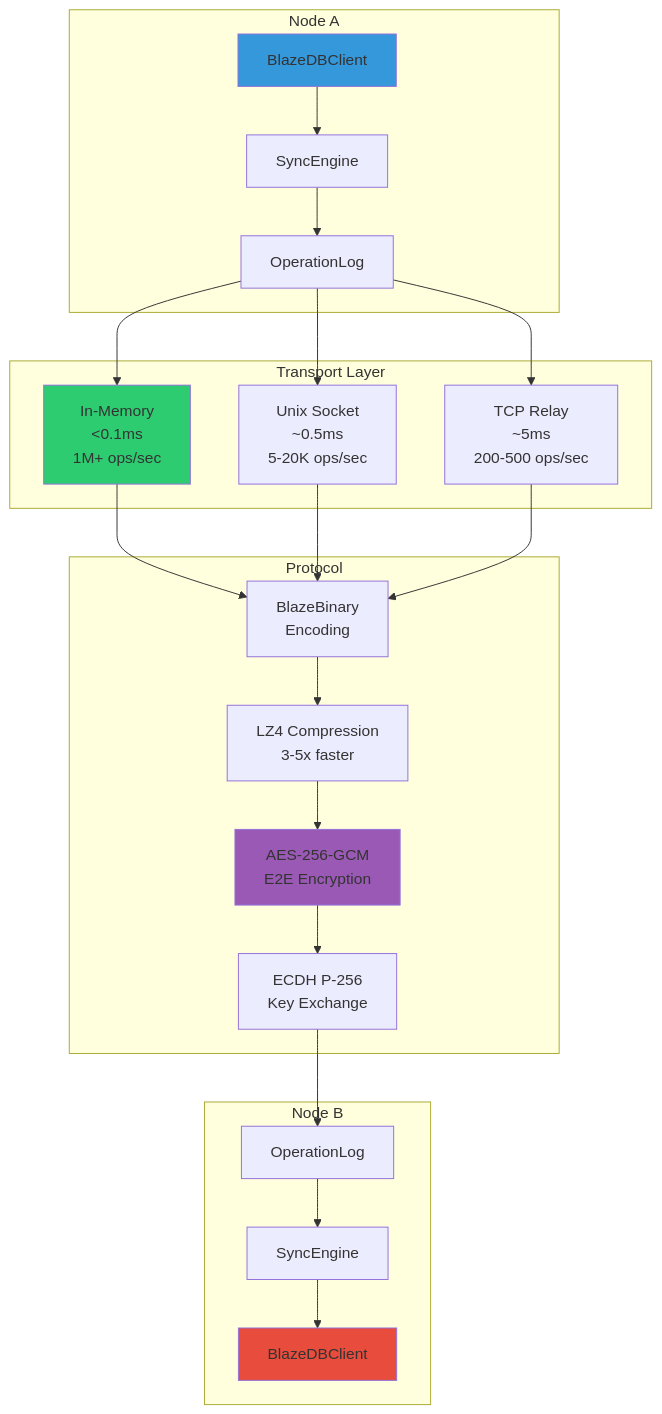
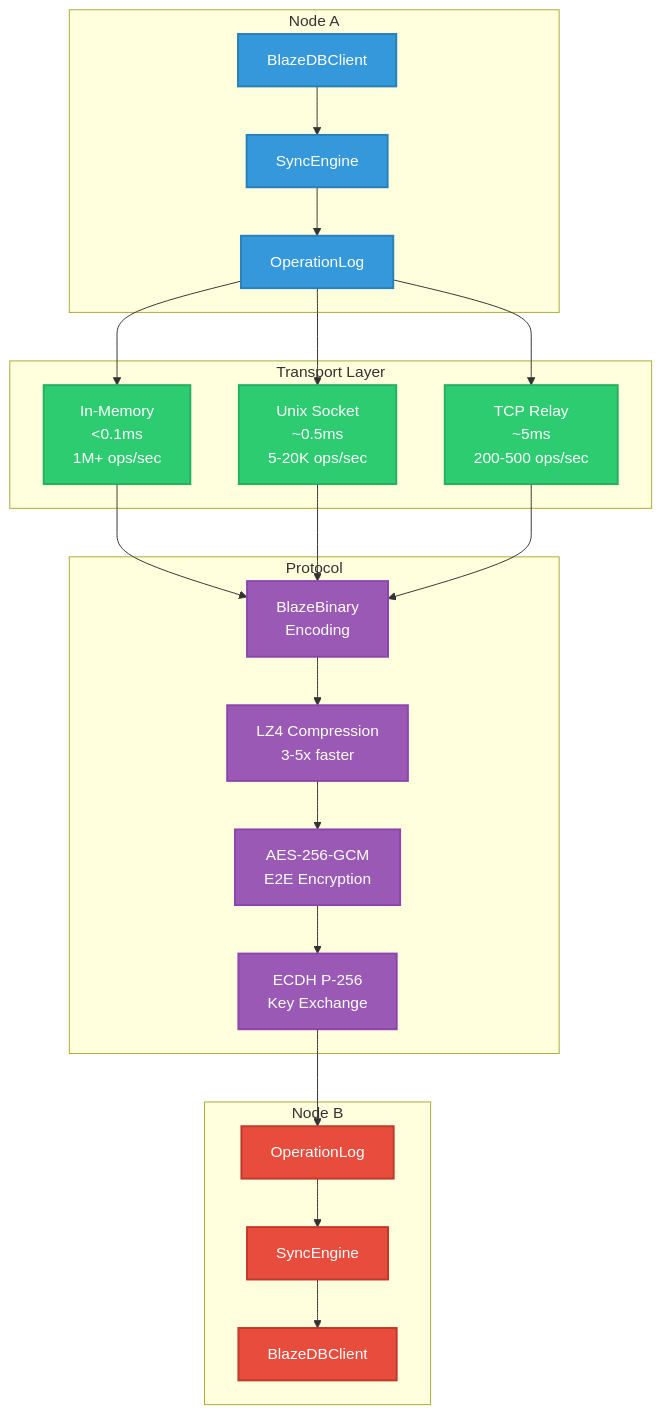
Before and after one commit to Mikedan37/BlazeDB: the seventh of 8 diagrams in README.md, drawn with Mermaid. The commit also changed other lines of this file, not shown here.

First line of the commit message:
Fix Mermaid diagram syntax errors and improve styling

````diff
--- a/README.md
+++ b/README.md
@@ -604,50 +636,55 @@
 ```mermaid
 graph TB
-    subgraph "Node A"
-        A1[BlazeDBClient]
-        A2[SyncEngine]
-        A3[OperationLog]
+    subgraph NodeA["Node A"]
+        A1["BlazeDBClient"]
+        A2["SyncEngine"]
+        A3["OperationLog"]
     end
     
-    subgraph "Transport Layer"
-        T1[In-Memory<br/>&lt;0.1ms<br/>1M+ ops/sec]
-        T2[Unix Socket<br/>~0.5ms<br/>5-20K ops/sec]
-        T3[TCP Relay<br/>~5ms<br/>200-500 ops/sec]
+    subgraph Transport["Transport Layer"]
+        T1["In-Memory<br/>&lt;0.1ms<br/>1M+ ops/sec"]
+        T2["Unix Socket<br/>~0.5ms<br/>5-20K ops/sec"]
+        T3["TCP Relay<br/>~5ms<br/>200-500 ops/sec"]
     end
     
-    subgraph "Node B"
-        B1[BlazeDBClient]
-        B2[SyncEngine]
-        B3[OperationLog]
+    subgraph NodeB["Node B"]
+        B1["BlazeDBClient"]
+        B2["SyncEngine"]
+        B3["OperationLog"]
     end
     
-    subgraph "Protocol"
-        P1[BlazeBinary<br/>Encoding]
-        P2[LZ4 Compression<br/>3-5x faster]
-        P3[AES-256-GCM<br/>E2E Encryption]
-        P4[ECDH P-256<br/>Key Exchange]
+    subgraph Protocol["Protocol"]
+        P1["BlazeBinary<br/>Encoding"]
+        P2["LZ4 Compression<br/>3-5x faster"]
+        P3["AES-256-GCM<br/>E2E Encryption"]
+        P4["ECDH P-256<br/>Key Exchange"]
     end
     
     A1 --> A2
     A2 --> A3
     A3 --> T1
     A3 --> T2
     A3 --> T3
     
     T1 --> P1
     T2 --> P1
     T3 --> P1
     
     P1 --> P2
     P2 --> P3
     P3 --> P4
     
     P4 --> B3
     B3 --> B2
     B2 --> B1
     
-    style A1 fill:#3498db
-    style T1 fill:#2ecc71
-    style P3 fill:#9b59b6
-    style B1 fill:#e74c3c
+    classDef node fill:#3498db,stroke:#2980b9,stroke-width:2px,color:#fff
+    classDef transport fill:#2ecc71,stroke:#27ae60,stroke-width:2px,color:#fff
+    classDef protocol fill:#9b59b6,stroke:#8e44ad,stroke-width:2px,color:#fff
+    classDef nodeB fill:#e74c3c,stroke:#c0392b,stroke-width:2px,color:#fff
+    
+    class A1,A2,A3 node
+    class T1,T2,T3 transport
+    class P1,P2,P3,P4 protocol
+    class B1,B2,B3 nodeB
 ```
````
